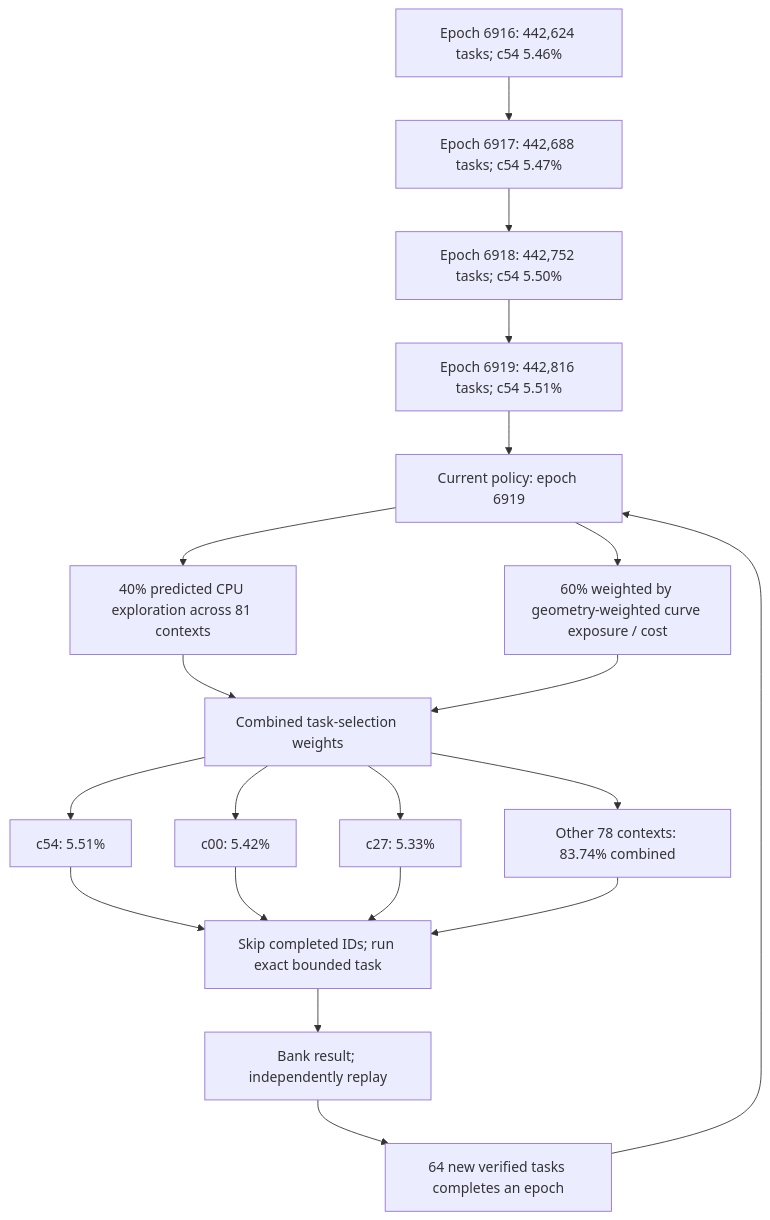
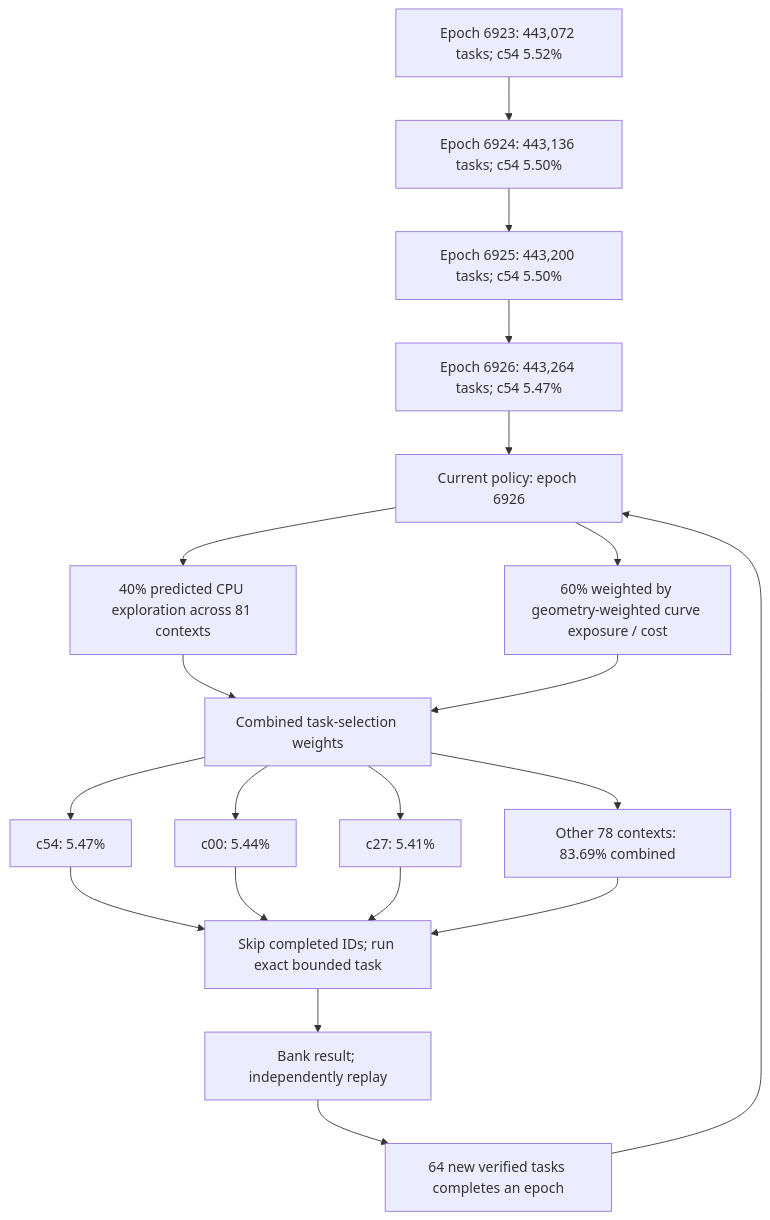
One commit to Kuberwastaken/math-gambling changed the first of 4 diagrams in README.md. Above: the diagram before and after it, drawn with Mermaid. The commit also changed other lines of this file and 1440 other files, not shown here.

````diff
--- a/README.md
+++ b/README.md
@@ -60,27 +60,27 @@
 ```mermaid
 flowchart TD
-    H0["Epoch 6916: 442,624 tasks; c54 5.46%"]
-    H1["Epoch 6917: 442,688 tasks; c54 5.47%"]
+    H0["Epoch 6923: 443,072 tasks; c54 5.52%"]
+    H1["Epoch 6924: 443,136 tasks; c54 5.50%"]
     H0 --> H1
-    H2["Epoch 6918: 442,752 tasks; c54 5.50%"]
+    H2["Epoch 6925: 443,200 tasks; c54 5.50%"]
     H1 --> H2
-    H3["Epoch 6919: 442,816 tasks; c54 5.51%"]
+    H3["Epoch 6926: 443,264 tasks; c54 5.47%"]
     H2 --> H3
-    Policy["Current policy: epoch 6919"]
+    Policy["Current policy: epoch 6926"]
     H3 --> Policy
     Policy --> Explore["40% predicted CPU exploration across 81 contexts"]
     Policy --> Cost["60% weighted by geometry-weighted curve exposure / cost"]
     Explore --> Mix["Combined task-selection weights"]
     Cost --> Mix
-    Mix --> C0["c54: 5.51%"]
-    Mix --> C1["c00: 5.42%"]
-    Mix --> C2["c27: 5.33%"]
-    Mix --> Rest["Other 78 contexts: 83.74% combined"]
+    Mix --> C0["c54: 5.47%"]
+    Mix --> C1["c00: 5.44%"]
+    Mix --> C2["c27: 5.41%"]
+    Mix --> Rest["Other 78 contexts: 83.69% combined"]
     C0 --> Check["Skip completed IDs; run exact bounded task"]
     C1 --> Check
     C2 --> Check
     Rest --> Check
     Check --> Replay["Bank result; independently replay"]
     Replay --> Gate["64 new verified tasks completes an epoch"]
     Gate --> Policy
 ```
````
